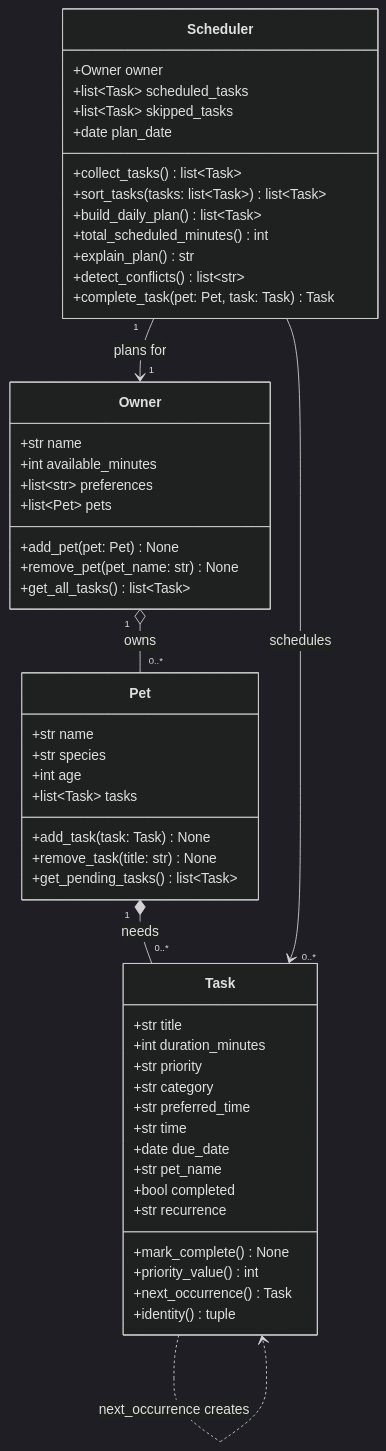
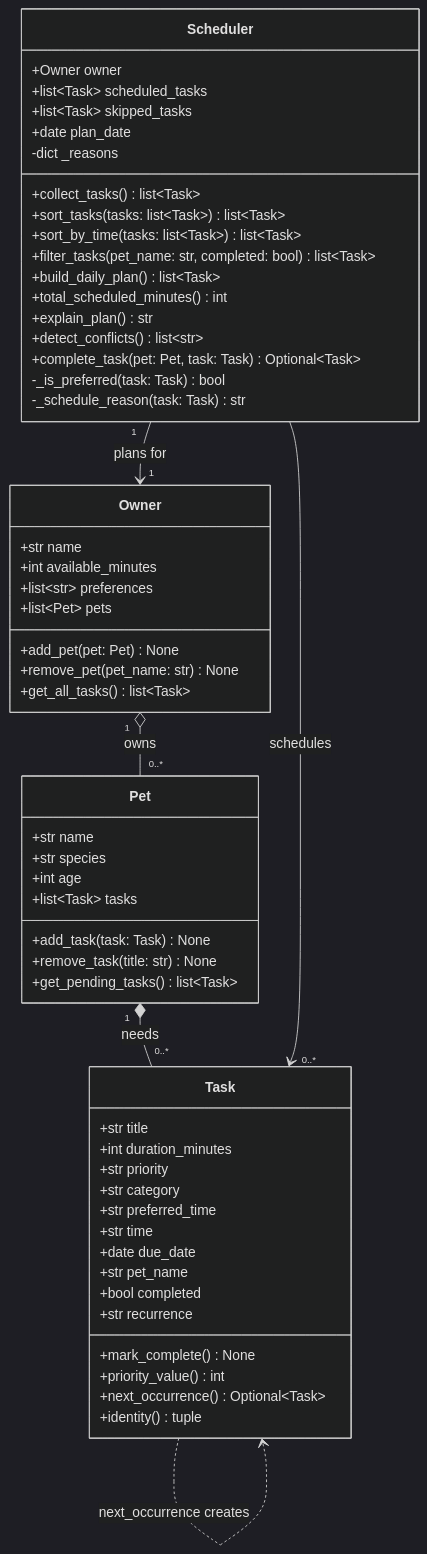
The diagram in diagrams/uml.mmd (sahithiA1/ai110-module2show-pawpal-starter), drawn with Mermaid (dark theme) before and after one commit. The commit also changed 5 other files, not shown here.

```diff
--- a/diagrams/uml.mmd
+++ b/diagrams/uml.mmd
@@ -1,59 +1,66 @@
 classDiagram
-    %% PawPal+ initial design. Keep this file updated so it matches your final implementation.
+    %% PawPal+ final design (Phase 4). Matches the classes in pawpal_system.py.
+    %% Task validates its time ("HH:MM" or empty) in __post_init__ when it is created.
+    %% Module helper (not a class): time_to_minutes(hhmm: str) int, used by sort_by_time() and detect_conflicts().
 
     class Owner {
         +str name
         +int available_minutes
         +list~str~ preferences
         +list~Pet~ pets
         +add_pet(pet: Pet) None
         +remove_pet(pet_name: str) None
         +get_all_tasks() list~Task~
     }
 
     class Pet {
         +str name
         +str species
         +int age
         +list~Task~ tasks
         +add_task(task: Task) None
         +remove_task(title: str) None
         +get_pending_tasks() list~Task~
     }
 
     class Task {
         +str title
         +int duration_minutes
         +str priority
         +str category
         +str preferred_time
         +str time
         +date due_date
         +str pet_name
         +bool completed
         +str recurrence
         +mark_complete() None
         +priority_value() int
-        +next_occurrence() Task
+        +next_occurrence() Optional~Task~
         +identity() tuple
     }
 
     class Scheduler {
         +Owner owner
         +list~Task~ scheduled_tasks
         +list~Task~ skipped_tasks
         +date plan_date
+        -dict _reasons
         +collect_tasks() list~Task~
         +sort_tasks(tasks: list~Task~) list~Task~
+        +sort_by_time(tasks: list~Task~) list~Task~
+        +filter_tasks(pet_name: str, completed: bool) list~Task~
         +build_daily_plan() list~Task~
         +total_scheduled_minutes() int
         +explain_plan() str
         +detect_conflicts() list~str~
-        +complete_task(pet: Pet, task: Task) Task
+        +complete_task(pet: Pet, task: Task) Optional~Task~
+        -_is_preferred(task: Task) bool
+        -_schedule_reason(task: Task) str
     }
 
     Owner "1" o-- "0..*" Pet : owns
     Pet "1" *-- "0..*" Task : needs
     Scheduler "1" --> "1" Owner : plans for
     Scheduler --> "0..*" Task : schedules
     Task ..> Task : next_occurrence creates
```
